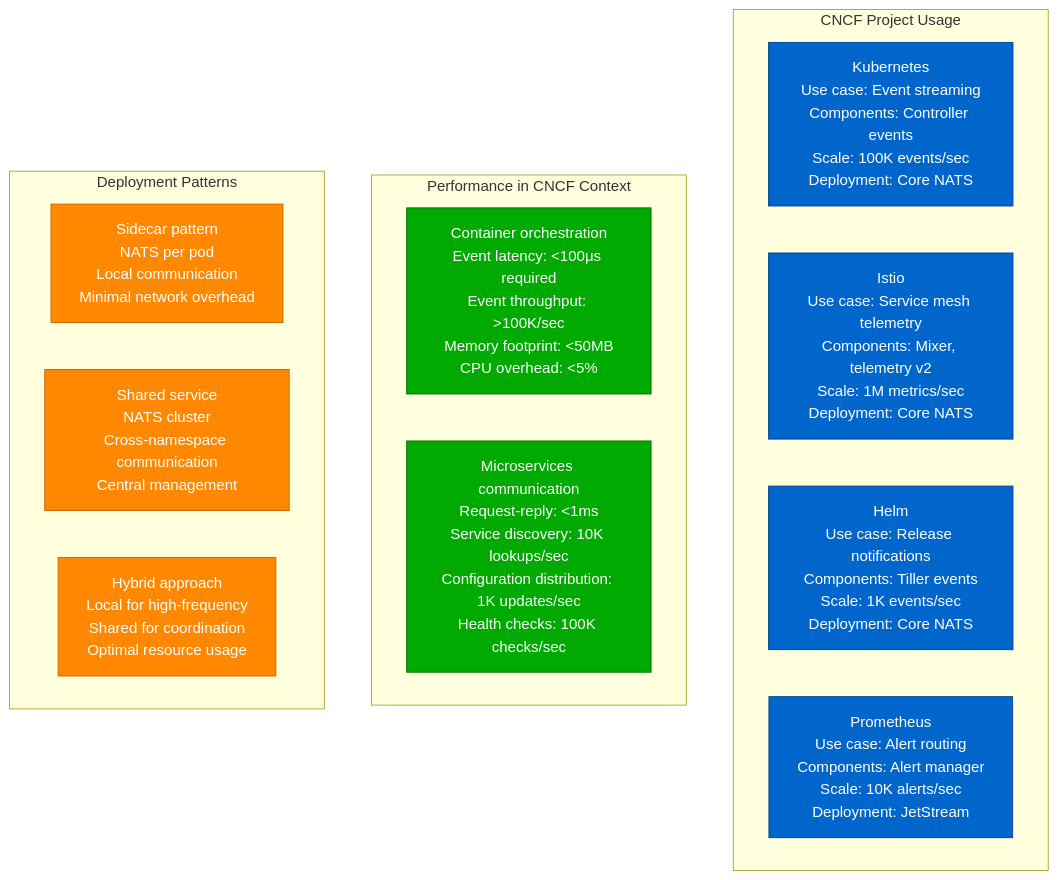
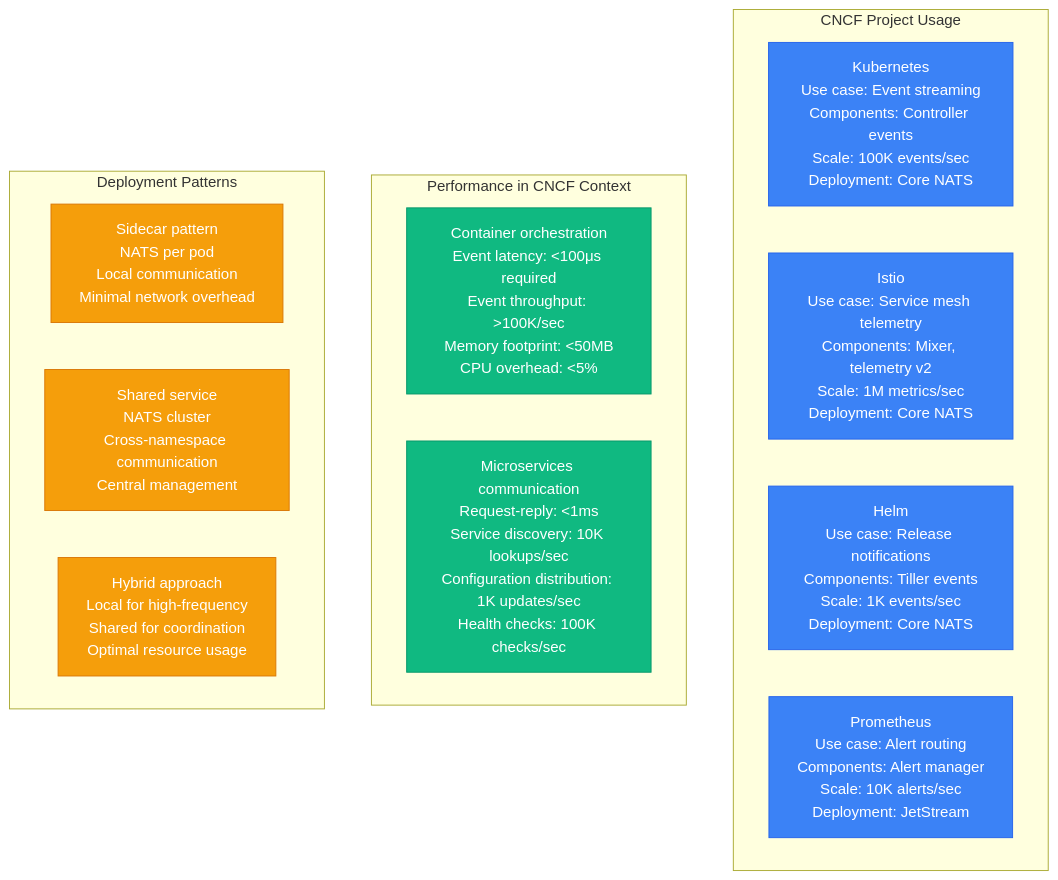
Before and after one commit to deepaucksharma/DS: diagram 11 of 13 in site/docs/performance/nats-performance-profile.md, drawn with Mermaid. The commit also changed other lines of this file and 303 other files, not shown here.

````diff
--- a/site/docs/performance/nats-performance-profile.md
+++ b/site/docs/performance/nats-performance-profile.md
@@ -395,34 +395,34 @@
 ```mermaid
 graph TB
     subgraph "CNCF Project Usage"
         K8S[Kubernetes<br/>Use case: Event streaming<br/>Components: Controller events<br/>Scale: 100K events/sec<br/>Deployment: Core NATS]
 
         ISTIO[Istio<br/>Use case: Service mesh telemetry<br/>Components: Mixer, telemetry v2<br/>Scale: 1M metrics/sec<br/>Deployment: Core NATS]
 
         HELM[Helm<br/>Use case: Release notifications<br/>Components: Tiller events<br/>Scale: 1K events/sec<br/>Deployment: Core NATS]
 
         PROM[Prometheus<br/>Use case: Alert routing<br/>Components: Alert manager<br/>Scale: 10K alerts/sec<br/>Deployment: JetStream]
     end
 
     subgraph "Performance in CNCF Context"
         PERF1[Container orchestration<br/>Event latency: <100μs required<br/>Event throughput: >100K/sec<br/>Memory footprint: <50MB<br/>CPU overhead: <5%]
 
         PERF2[Microservices communication<br/>Request-reply: <1ms<br/>Service discovery: 10K lookups/sec<br/>Configuration distribution: 1K updates/sec<br/>Health checks: 100K checks/sec]
     end
 
     subgraph "Deployment Patterns"
         DEPLOY1[Sidecar pattern<br/>NATS per pod<br/>Local communication<br/>Minimal network overhead]
 
         DEPLOY2[Shared service<br/>NATS cluster<br/>Cross-namespace communication<br/>Central management]
 
         DEPLOY3[Hybrid approach<br/>Local for high-frequency<br/>Shared for coordination<br/>Optimal resource usage]
     end
 
-    classDef cncfStyle fill:#0066CC,stroke:#004499,color:#fff
-    classDef perfStyle fill:#00AA00,stroke:#007700,color:#fff
-    classDef deployStyle fill:#FF8800,stroke:#CC6600,color:#fff
+    classDef cncfStyle fill:#3B82F6,stroke:#2563EB,color:#fff
+    classDef perfStyle fill:#10B981,stroke:#059669,color:#fff
+    classDef deployStyle fill:#F59E0B,stroke:#D97706,color:#fff
 
     class K8S,ISTIO,HELM,PROM cncfStyle
     class PERF1,PERF2 perfStyle
     class DEPLOY1,DEPLOY2,DEPLOY3 deployStyle
 ```
````
